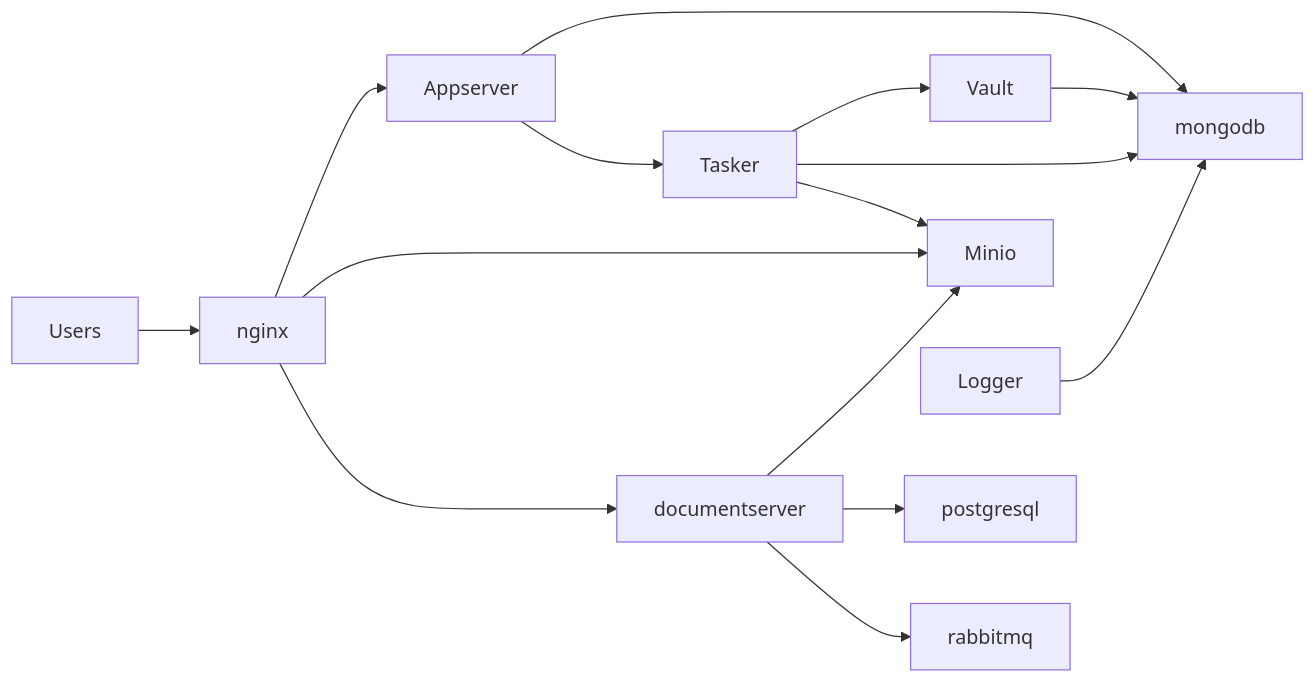
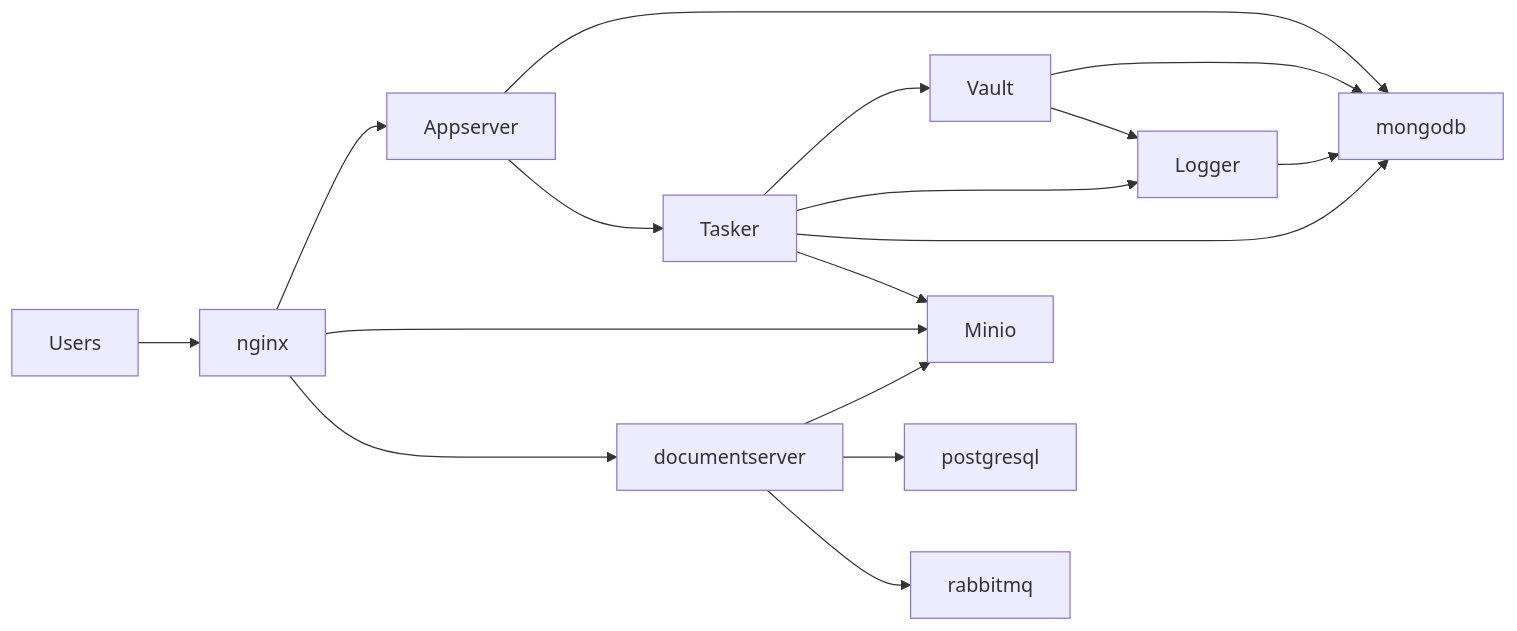
Before and after one commit to unicommorg/unicchat.enterprise: the diagram in README.md, drawn with Mermaid. The commit also changed other lines of this file and 6 other files, not shown here.

````diff
--- a/README.md
+++ b/README.md
@@ -129,17 +131,19 @@
 ```mermaid
 flowchart LR
   Users[Users] --> Nginx[nginx]
   Nginx --> Appserver
   Nginx --> Minio
   Nginx --> Docs[documentserver]
   Appserver --> Mongo[mongodb]
   Appserver --> Tasker
   Tasker --> Vault
+  Tasker --> Logger
   Tasker --> Mongo
   Tasker --> Minio
   Docs --> Minio
   Docs --> Pg[postgresql]
   Docs --> Rabbit[rabbitmq]
   Vault --> Mongo
+  Vault --> Logger
   Logger --> Mongo
 ```
````
